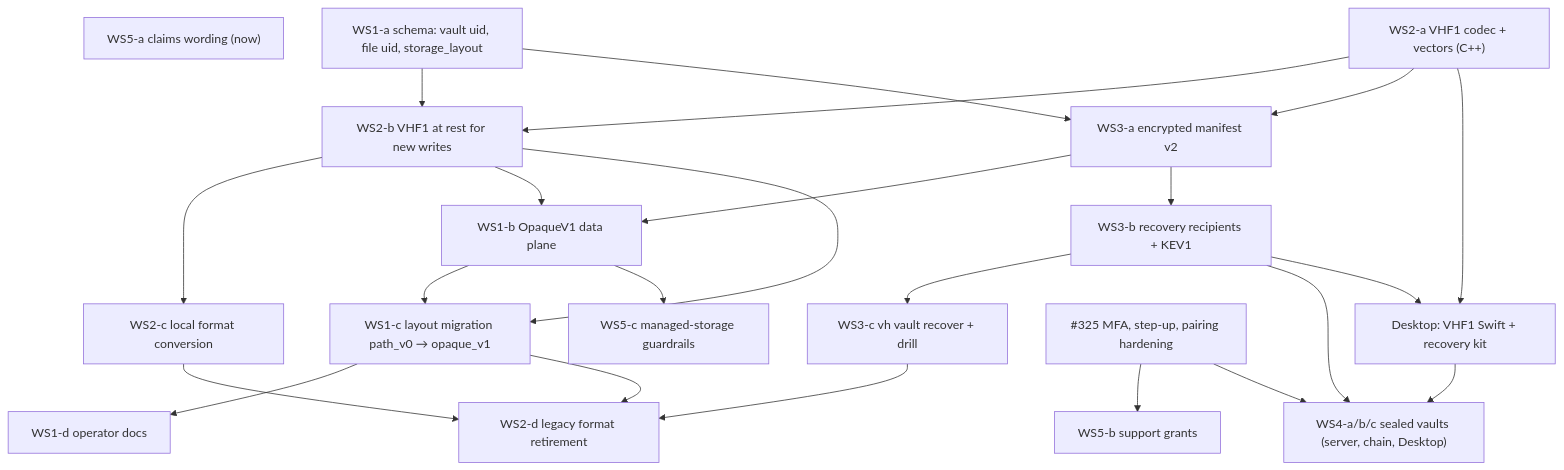
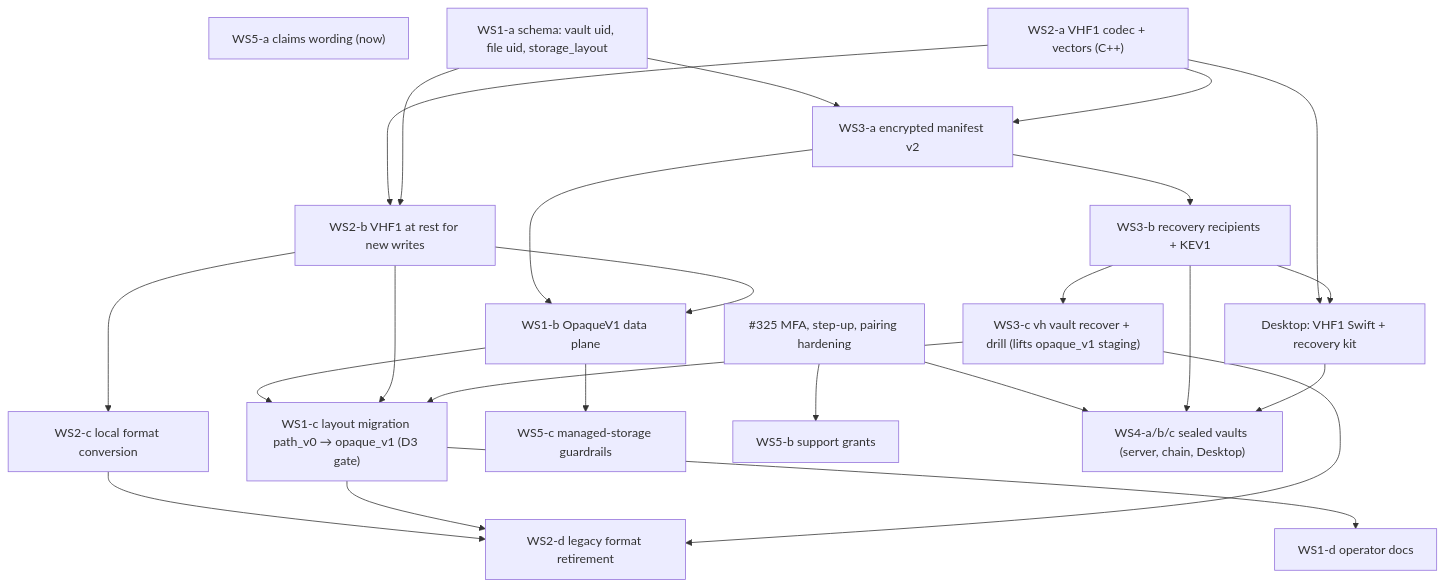
The diagram in design/encryption/README.md (valkyrianlabs/vaulthalla-server), drawn with Mermaid before and after one commit. The commit also changed other lines of this file and 5 other files, not shown here.

````diff
--- a/design/encryption/README.md
+++ b/design/encryption/README.md
@@ -20,40 +20,41 @@
 ```mermaid
 flowchart TD
   W5a["WS5-a claims wording (now)"]
   W2a["WS2-a VHF1 codec + vectors (C++)"]
   W1a["WS1-a schema: vault uid, file uid, storage_layout"]
   W2b["WS2-b VHF1 at rest for new writes"]
   W2c["WS2-c local format conversion"]
   W3a["WS3-a encrypted manifest v2"]
   W1b["WS1-b OpaqueV1 data plane"]
   W3b["WS3-b recovery recipients + KEV1"]
-  W3c["WS3-c vh vault recover + drill"]
-  W1c["WS1-c layout migration path_v0 → opaque_v1"]
+  W3c["WS3-c vh vault recover + drill (lifts opaque_v1 staging)"]
+  W1c["WS1-c layout migration path_v0 → opaque_v1 (D3 gate)"]
   W1d["WS1-d operator docs"]
   W5c["WS5-c managed-storage guardrails"]
   W2d["WS2-d legacy format retirement"]
   P325["#325 MFA, step-up, pairing hardening"]
   W5b["WS5-b support grants"]
   W4["WS4-a/b/c sealed vaults (server, chain, Desktop)"]
   DSK["Desktop: VHF1 Swift + recovery kit"]
 
   W2a --> W2b --> W2c
   W1a --> W2b
   W1a --> W3a
   W2a --> W3a
   W3a --> W1b
   W2b --> W1b
   W3a --> W3b --> W3c
   W1b --> W1c
   W2b --> W1c
+  W3c --> W1c
   W1c --> W1d
   W1b --> W5c
   W2c --> W2d
   W1c --> W2d
   W3c --> W2d
   P325 --> W5b
   P325 --> W4
   W3b --> W4
   W2a --> DSK --> W4
   W3b --> DSK
 ```
````
